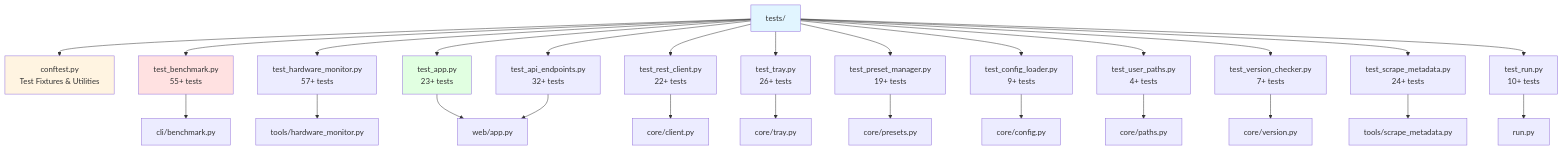
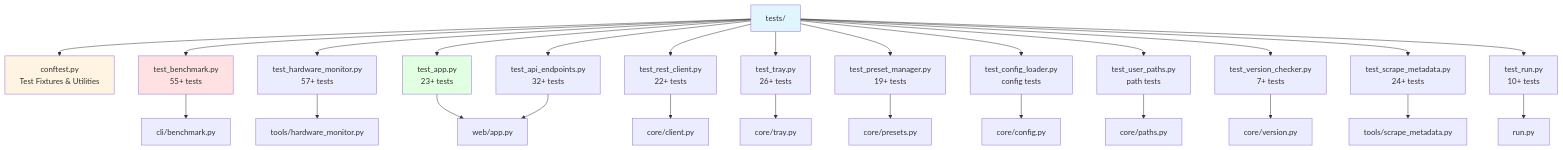
Diagram 12 of 12 in docs/ARCHITECTURE.md (Ajimaru/LM-Studio-Bench), drawn with Mermaid before and after one commit. The commit also changed other lines of this file and 94 other files, not shown here.

````diff
--- a/docs/ARCHITECTURE.md
+++ b/docs/ARCHITECTURE.md
@@ -827,35 +828,35 @@
 ```mermaid
 graph TB
     Tests[tests/] --> Fixtures[conftest.py<br/>Test Fixtures & Utilities]
 
     Tests --> BenchmarkTests[test_benchmark.py<br/>55+ tests]
     Tests --> HardwareTests[test_hardware_monitor.py<br/>57+ tests]
     Tests --> AppTests[test_app.py<br/>23+ tests]
     Tests --> APITests[test_api_endpoints.py<br/>32+ tests]
     Tests --> RestTests[test_rest_client.py<br/>22+ tests]
     Tests --> TrayTests[test_tray.py<br/>26+ tests]
     Tests --> PresetTests[test_preset_manager.py<br/>19+ tests]
-    Tests --> ConfigTests[test_config_loader.py<br/>9+ tests]
-    Tests --> PathTests[test_user_paths.py<br/>4+ tests]
+    Tests --> ConfigTests[test_config_loader.py<br/>config tests]
+    Tests --> PathTests[test_user_paths.py<br/>path tests]
     Tests --> VersionTests[test_version_checker.py<br/>7+ tests]
     Tests --> MetadataTests[test_scrape_metadata.py<br/>24+ tests]
     Tests --> RunTests[test_run.py<br/>10+ tests]
 
     BenchmarkTests --> Benchmark[cli/benchmark.py]
     HardwareTests --> HardwareMon[tools/hardware_monitor.py]
     AppTests --> WebApp[web/app.py]
     APITests --> WebApp
     RestTests --> RestClient[core/client.py]
     TrayTests --> Tray[core/tray.py]
     PresetTests --> PresetMgr[core/presets.py]
     ConfigTests --> ConfigLoader[core/config.py]
     PathTests --> UserPaths[core/paths.py]
     VersionTests --> VersionChecker[core/version.py]
     MetadataTests --> Metadata[tools/scrape_metadata.py]
     RunTests --> RunPy[run.py]
 
     style Tests fill:#e1f5ff
     style Fixtures fill:#fff4e1
     style BenchmarkTests fill:#ffe1e1
     style AppTests fill:#e1ffe1
 ```
````
